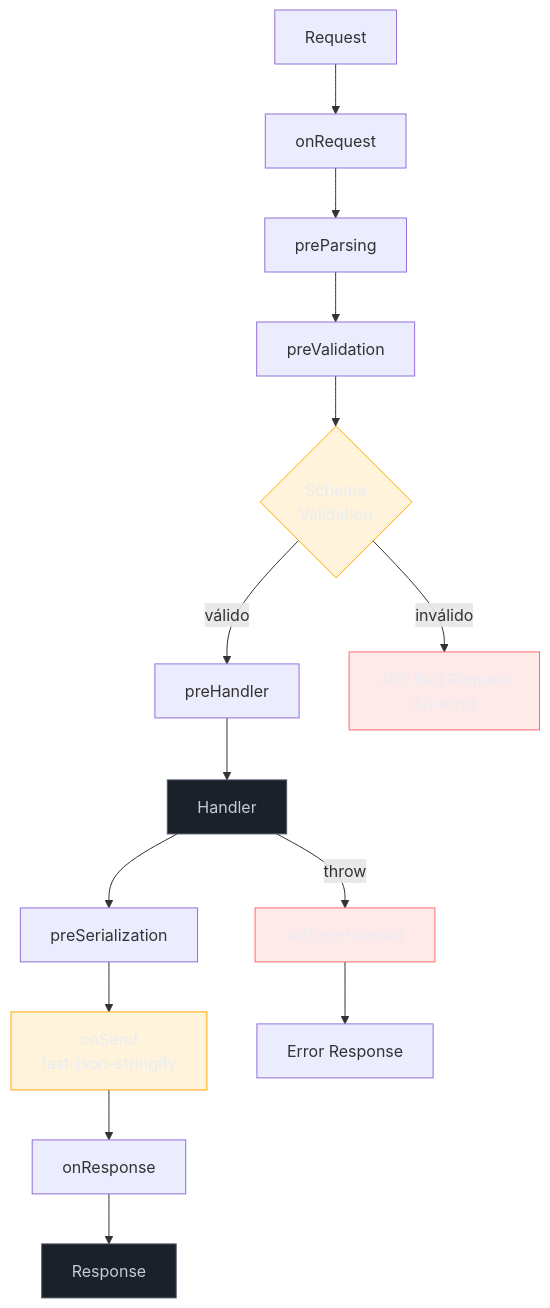
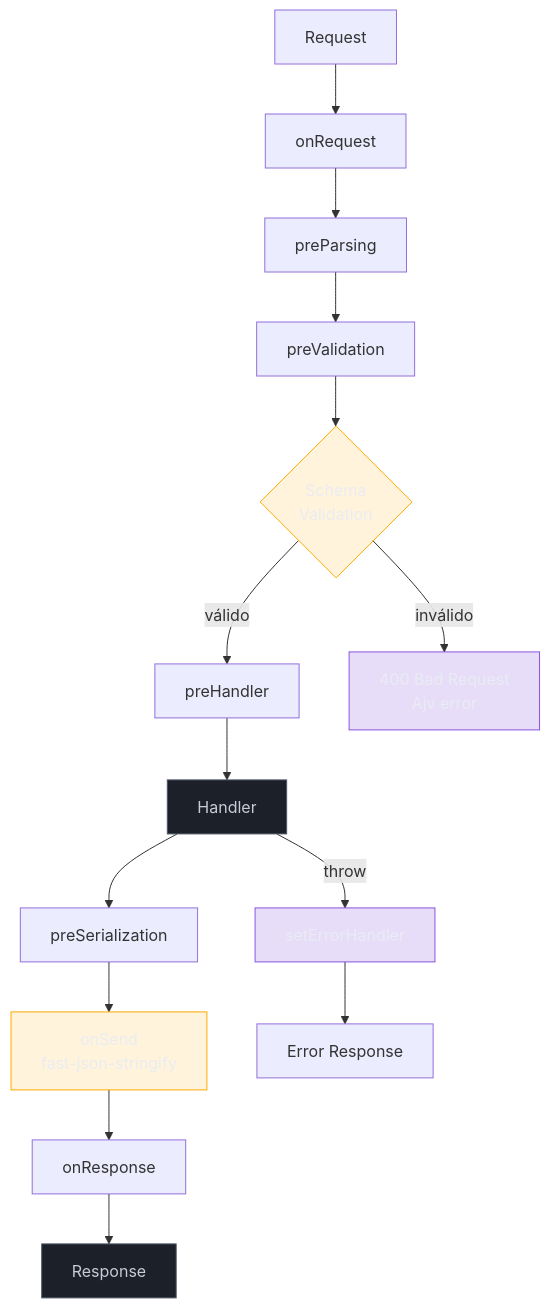
The diagram in 03-Dominios/Tecnologia/Node/Frameworks e arquitetura/05 - Fastify - schema-first, plugins, performance.md (josenaldo/codex-technomanticus), drawn with Mermaid before and after one commit. The commit also changed 601 other files, not shown here.

````diff
--- a/03-Dominios/Tecnologia/Node/Frameworks e arquitetura/05 - Fastify - schema-first, plugins, performance.md
+++ b/03-Dominios/Tecnologia/Node/Frameworks e arquitetura/05 - Fastify - schema-first, plugins, performance.md
@@ -36,27 +36,27 @@
 ```mermaid
 flowchart TD
+    classDef marca fill:#8855DF33,stroke:#8855DF,color:#E9ECF2
     classDef destaque fill:#FFAA0024,stroke:#FFAA00,color:#E9ECF2
     classDef neutro fill:#1B2029,stroke:#4E5666,color:#C6CCD8
-    classDef falha fill:#FF6B6B24,stroke:#FF6B6B,color:#E9ECF2
     RQ[Request] --> OR[onRequest]
     OR --> PP[preParsing]
     PP --> PV[preValidation]
     PV --> SC{Schema\nValidation}
     SC -->|válido| PH[preHandler]
     SC -->|inválido| E4[400 Bad Request\nAjv error]
     PH --> HD[Handler]
     HD --> PS[preSerialization]
     PS --> OS[onSend\nfast-json-stringify]
     OS --> OR2[onResponse]
     OR2 --> RS[Response]
 
     HD -->|throw| EH[setErrorHandler]
     EH --> ER[Error Response]
 
     class SC destaque
     class HD neutro
-    class E4 falha
-    class EH falha
+    class E4 marca
+    class EH marca
     class RS neutro
     class OS destaque
 ```
````
